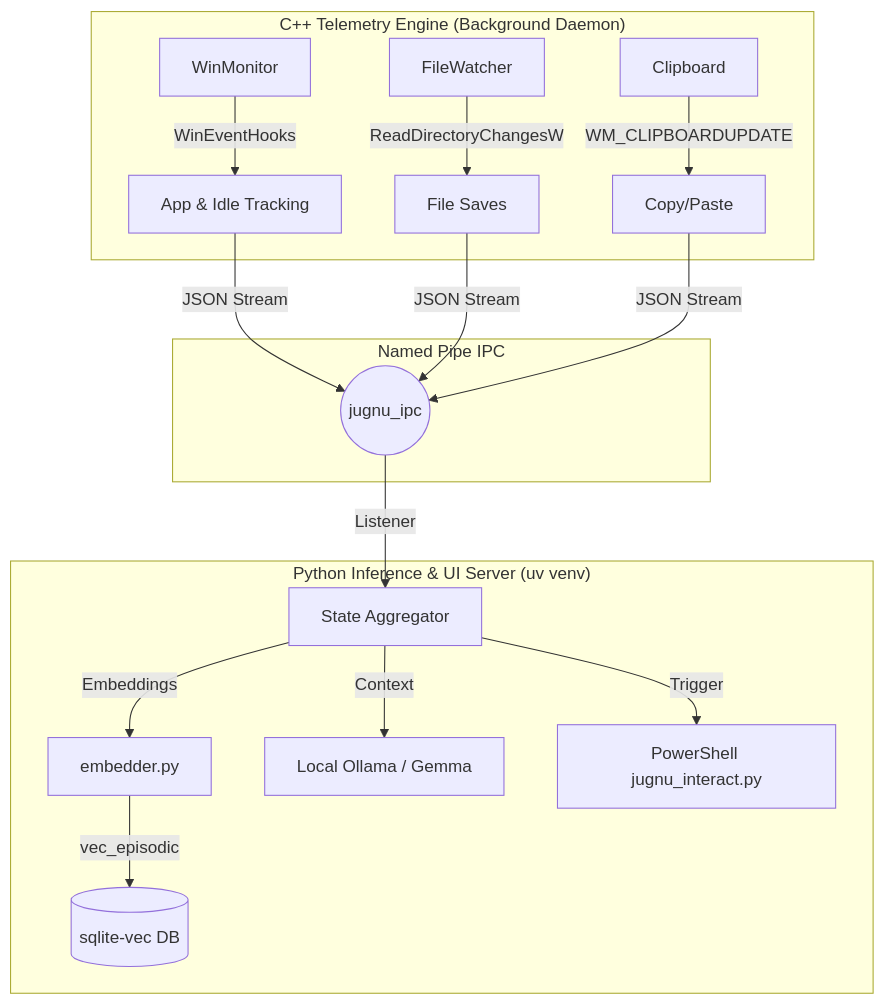
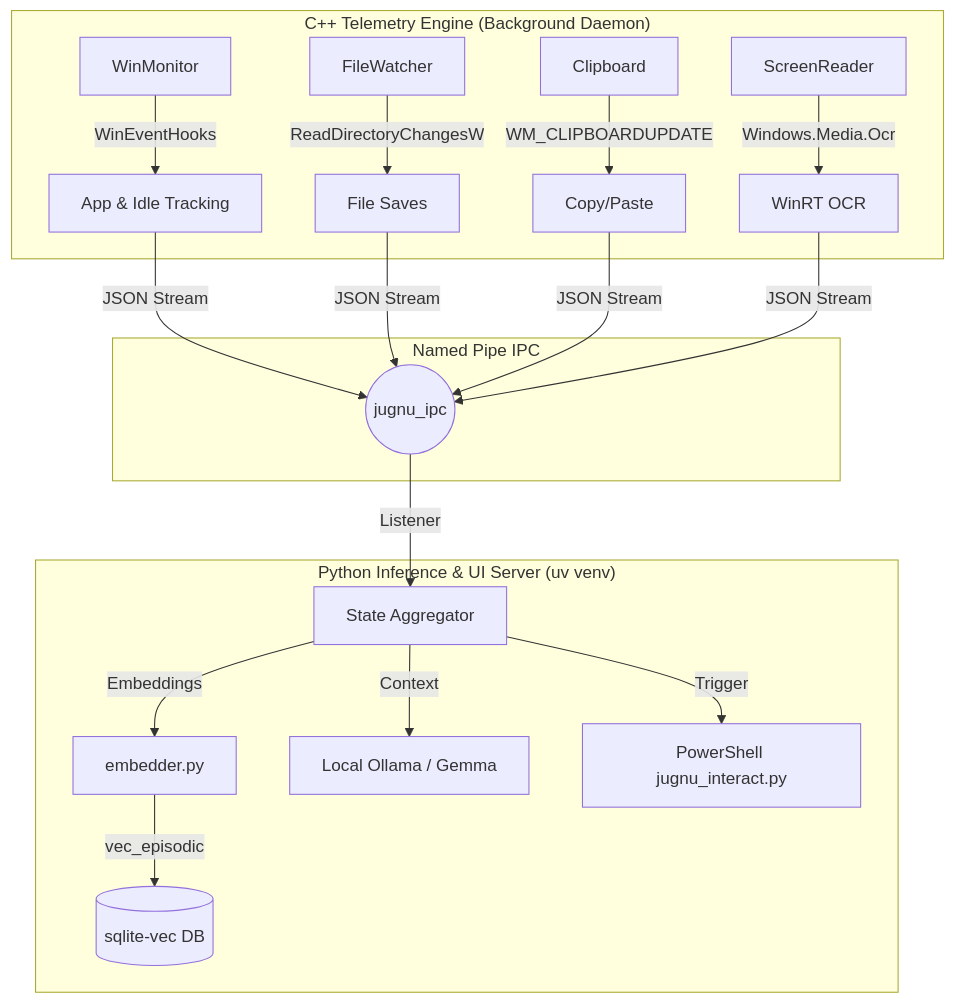
The diagram in README.md (UllasDas004/Jugnu-on-device-AI-buddy), drawn with Mermaid before and after one commit. The commit also changed other lines of this file and 13 other files, not shown here.

````diff
--- a/README.md
+++ b/README.md
@@ -20,22 +20,24 @@
 ```mermaid
 graph TD
     subgraph "C++ Telemetry Engine (Background Daemon)"
         W[WinMonitor] -->|WinEventHooks| AppSwitch[App & Idle Tracking]
         FW[FileWatcher] -->|ReadDirectoryChangesW| FileMonitor[File Saves]
         CB[Clipboard] -->|WM_CLIPBOARDUPDATE| ClipTracker[Copy/Paste]
+        SR[ScreenReader] -->|Windows.Media.Ocr| ScreenReader[WinRT OCR]
     end
 
     subgraph "Named Pipe IPC"
         AppSwitch -->|JSON Stream| Pipe((jugnu_ipc))
         FileMonitor -->|JSON Stream| Pipe
         ClipTracker -->|JSON Stream| Pipe
+        ScreenReader -->|JSON Stream| Pipe
     end
 
     subgraph "Python Inference & UI Server (uv venv)"
         Pipe -->|Listener| StateManager[State Aggregator]
         StateManager -->|Embeddings| Embedder[embedder.py]
         Embedder -->|vec_episodic| SQLiteVec[(sqlite-vec DB)]
         StateManager -->|Context| AIEngine[Local Ollama / Gemma]
         StateManager -->|Trigger| TerminalUI[PowerShell jugnu_interact.py]
     end
 ```
````
